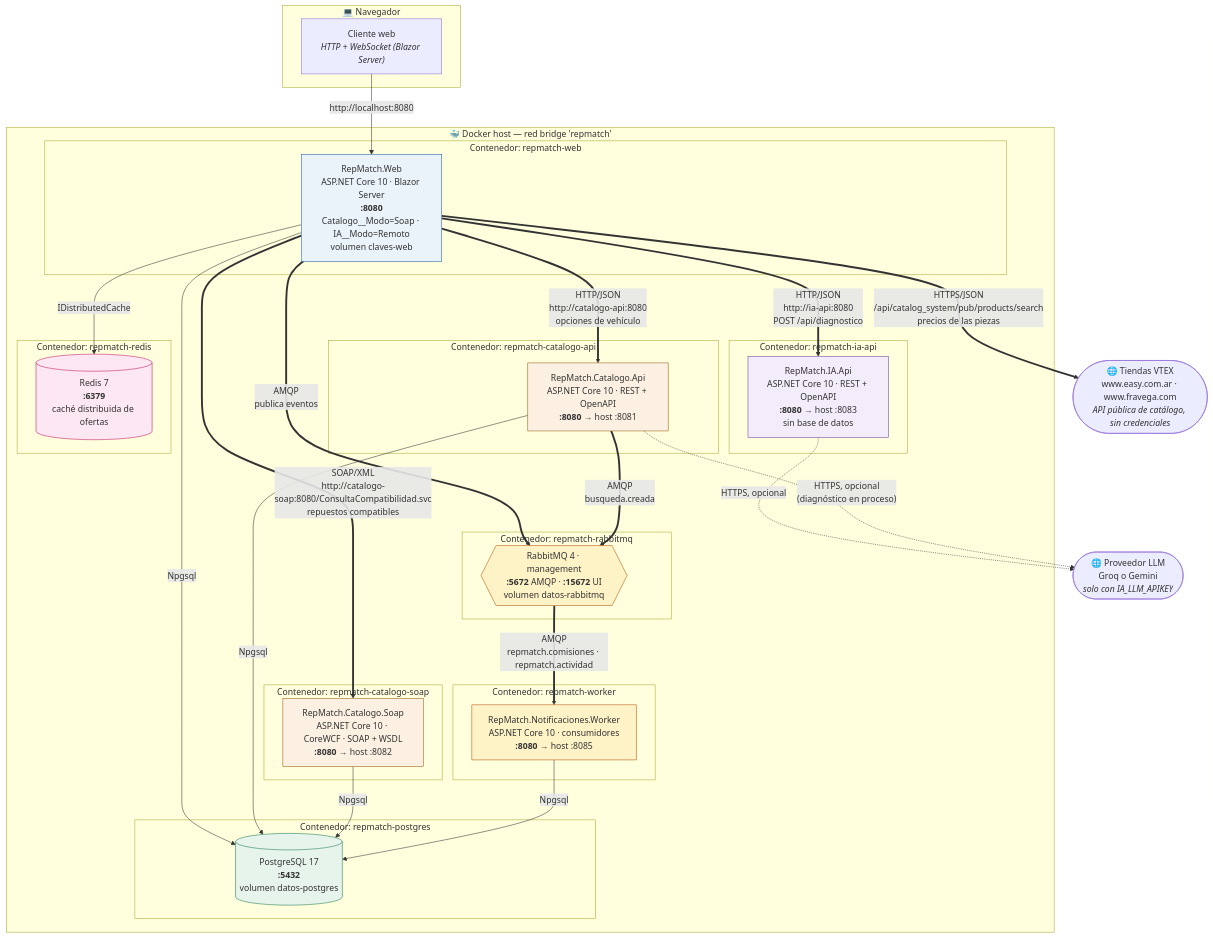
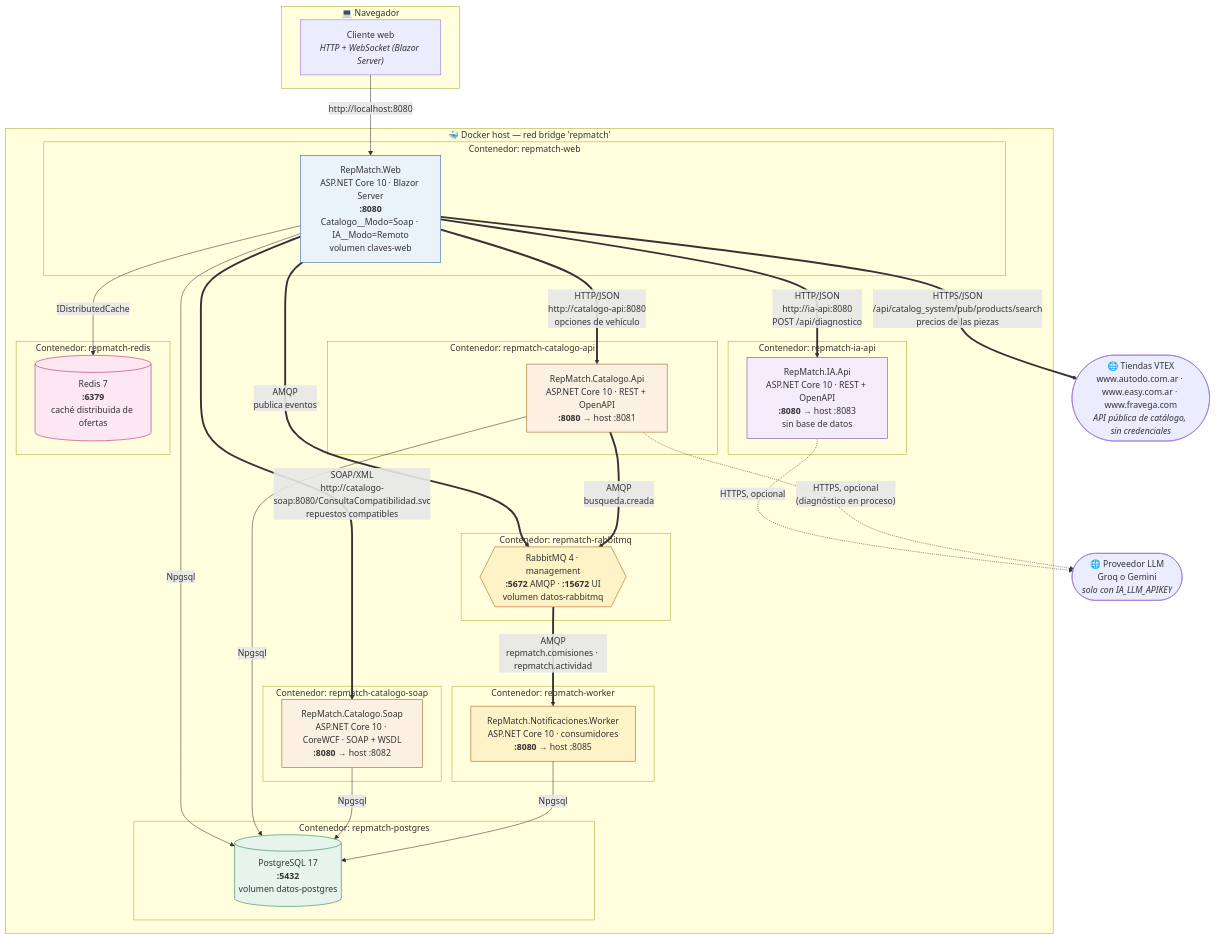
One commit to lfb-00/tp-apps-2 changed the first of 2 diagrams in docs/diagramas/despliegue.md. Above: the diagram before and after it, drawn with Mermaid. The commit also changed other lines of this file and 10 other files, not shown here.

First line of the commit message:
Documenta precios de Autodo, ofertas sin cuenta y casas cercanas

````diff
--- a/docs/diagramas/despliegue.md
+++ b/docs/diagramas/despliegue.md
@@ -10,68 +10,68 @@
 ```mermaid
 flowchart TB
     subgraph nav["💻 Navegador"]
         BR["Cliente web<br/><i>HTTP + WebSocket (Blazor Server)</i>"]
     end
 
     subgraph docker["🐳 Docker host — red bridge 'repmatch'"]
         subgraph c1["Contenedor: repmatch-web"]
             W["RepMatch.Web<br/>ASP.NET Core 10 · Blazor Server<br/><b>:8080</b><br/>Catalogo__Modo=Soap · IA__Modo=Remoto<br/>volumen claves-web"]
         end
 
         subgraph c2["Contenedor: repmatch-catalogo-api"]
             A["RepMatch.Catalogo.Api<br/>ASP.NET Core 10 · REST + OpenAPI<br/><b>:8080</b> → host :8081"]
         end
 
         subgraph c5["Contenedor: repmatch-catalogo-soap"]
             S["RepMatch.Catalogo.Soap<br/>ASP.NET Core 10 · CoreWCF · SOAP + WSDL<br/><b>:8080</b> → host :8082"]
         end
 
         subgraph c4["Contenedor: repmatch-ia-api"]
             IA["RepMatch.IA.Api<br/>ASP.NET Core 10 · REST + OpenAPI<br/><b>:8080</b> → host :8083<br/>sin base de datos"]
         end
 
         subgraph c6["Contenedor: repmatch-rabbitmq"]
             MQ{{"RabbitMQ 4 · management<br/><b>:5672</b> AMQP · <b>:15672</b> UI<br/>volumen datos-rabbitmq"}}
         end
 
         subgraph c7["Contenedor: repmatch-worker"]
             WK["RepMatch.Notificaciones.Worker<br/>ASP.NET Core 10 · consumidores<br/><b>:8080</b> → host :8085"]
         end
 
         subgraph c3["Contenedor: repmatch-postgres"]
             P[("PostgreSQL 17<br/><b>:5432</b><br/>volumen datos-postgres")]
         end
 
         subgraph c8["Contenedor: repmatch-redis"]
             R[("Redis 7<br/><b>:6379</b><br/>caché distribuida de ofertas")]
         end
     end
 
     BR -- "http://localhost:8080" --> W
     W == "HTTP/JSON<br/>http://catalogo-api:8080<br/>opciones de vehículo" ==> A
     W == "SOAP/XML<br/>http://catalogo-soap:8080/ConsultaCompatibilidad.svc<br/>repuestos compatibles" ==> S
     W == "HTTP/JSON<br/>http://ia-api:8080<br/>POST /api/diagnostico" ==> IA
     W -- "Npgsql" --> P
     A -- "Npgsql" --> P
     S -- "Npgsql" --> P
     W -- "IDistributedCache" --> R
     W == "AMQP<br/>publica eventos" ==> MQ
     A == "AMQP<br/>busqueda.creada" ==> MQ
     MQ == "AMQP<br/>repmatch.comisiones · repmatch.actividad" ==> WK
     WK -- "Npgsql" --> P
 
     LLM(["🌐 Proveedor LLM<br/>Groq o Gemini<br/><i>solo con IA_LLM_APIKEY</i>"])
-    VT(["🌐 Tiendas VTEX<br/>www.easy.com.ar · www.fravega.com<br/><i>API pública de catálogo, sin credenciales</i>"])
+    VT(["🌐 Tiendas VTEX<br/>www.autodo.com.ar · www.easy.com.ar · www.fravega.com<br/><i>API pública de catálogo, sin credenciales</i>"])
     W == "HTTPS/JSON<br/>/api/catalog_system/pub/products/search<br/>precios de las piezas" ==> VT
     IA -. "HTTPS, opcional" .-> LLM
     A -. "HTTPS, opcional<br/>(diagnóstico en proceso)" .-> LLM
 
     style W fill:#eaf2fa,stroke:#1f5f9e
     style A fill:#fbf0e2,stroke:#9a5b13
     style S fill:#fbf0e2,stroke:#9a5b13
     style IA fill:#f3ecfa,stroke:#6b3fa0
     style P fill:#e6f4ec,stroke:#1f7a4d
     style R fill:#fce7f3,stroke:#be185d
     style MQ fill:#fef3c7,stroke:#b45309
     style WK fill:#fef3c7,stroke:#b45309
 ```
````
